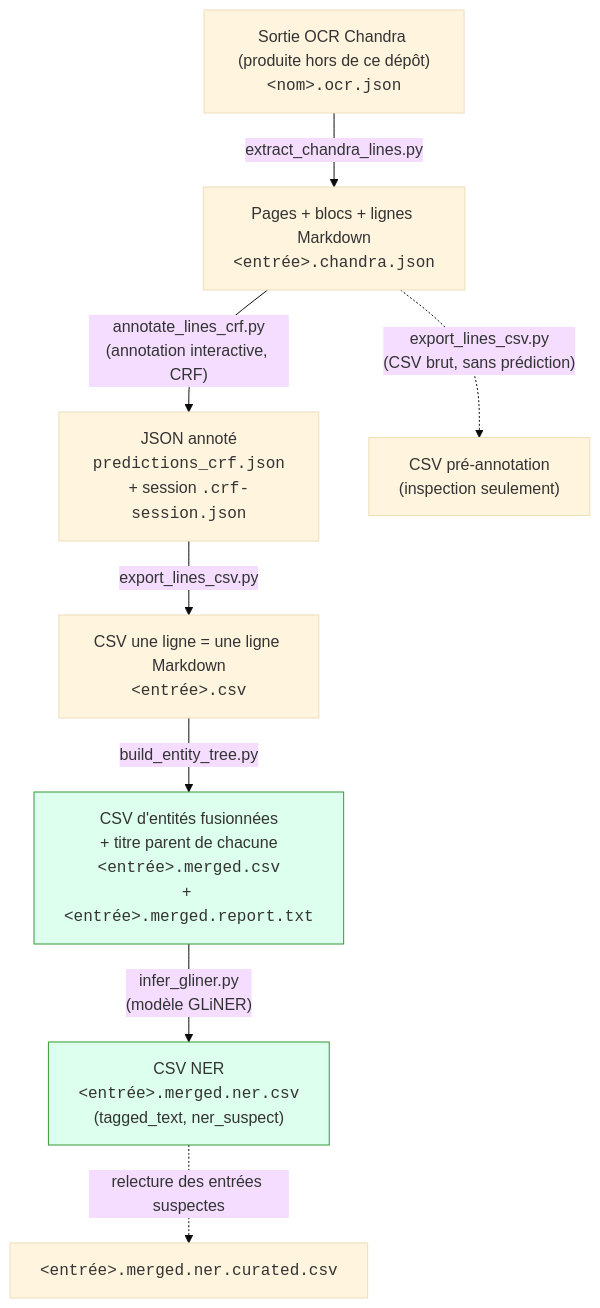
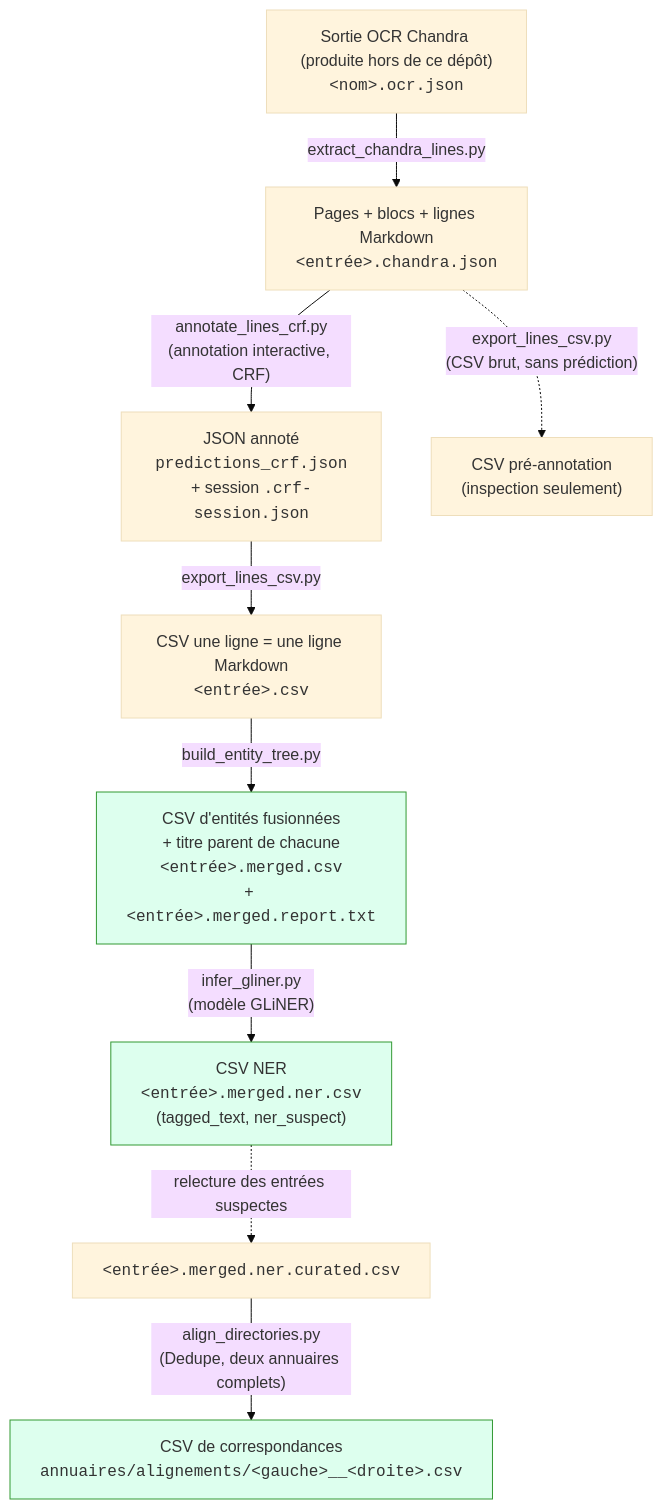
One commit to HueyNemud/adresses_revolutionnaires changed the first of 3 diagrams in README.md. Above: the diagram before and after it, drawn with Mermaid (base theme). The commit also changed other lines of this file and 8 other files, not shown here.

First line of the commit message:
Add step 6: align entries of two directory editions with Dedupe

````diff
--- a/README.md
+++ b/README.md
@@ -29,15 +31,17 @@
 ```mermaid
 flowchart TD
     B["Sortie OCR Chandra (produite hors de ce dépôt)<br/><code>&lt;nom&gt;.ocr.json</code>"]
     B -->|"extract_chandra_lines.py"| C["Pages + blocs + lignes Markdown<br/><code>&lt;entrée&gt;.chandra.json</code>"]
     C -->|"annotate_lines_crf.py<br/>(annotation interactive, CRF)"| D["JSON annoté<br/><code>predictions_crf.json</code><br/>+ session <code>.crf-session.json</code>"]
     D -->|"export_lines_csv.py"| E["CSV une ligne = une ligne Markdown<br/><code>&lt;entrée&gt;.csv</code>"]
     E -->|"build_entity_tree.py"| F["CSV d'entités fusionnées<br/>+ titre parent de chacune<br/><code>&lt;entrée&gt;.merged.csv</code><br/>+ <code>&lt;entrée&gt;.merged.report.txt</code>"]
     F -->|"infer_gliner.py<br/>(modèle GLiNER)"| H["CSV NER<br/><code>&lt;entrée&gt;.merged.ner.csv</code><br/>(tagged_text, ner_suspect)"]
     H -.->|"relecture des entrées suspectes"| H2["<code>&lt;entrée&gt;.merged.ner.curated.csv</code>"]
+    H2 -->|"align_directories.py<br/>(Dedupe, deux annuaires complets)"| I["CSV de correspondances<br/><code>annuaires/alignements/&lt;gauche&gt;__&lt;droite&gt;.csv</code>"]
 
     C -.->|"export_lines_csv.py<br/>(CSV brut, sans prédiction)"| E2["CSV pré-annotation<br/>(inspection seulement)"]
 
     style F fill:#dfe,stroke:#393
     style H fill:#dfe,stroke:#393
+    style I fill:#dfe,stroke:#393
 ```
````
